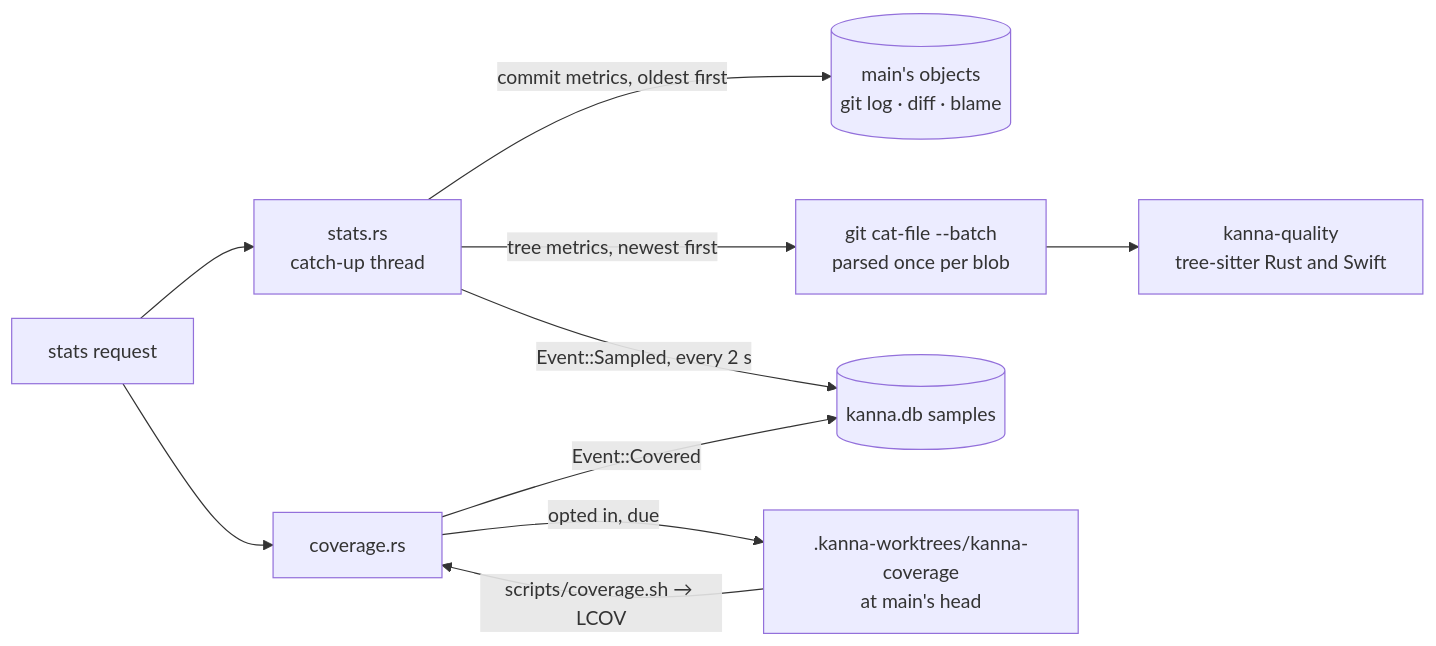
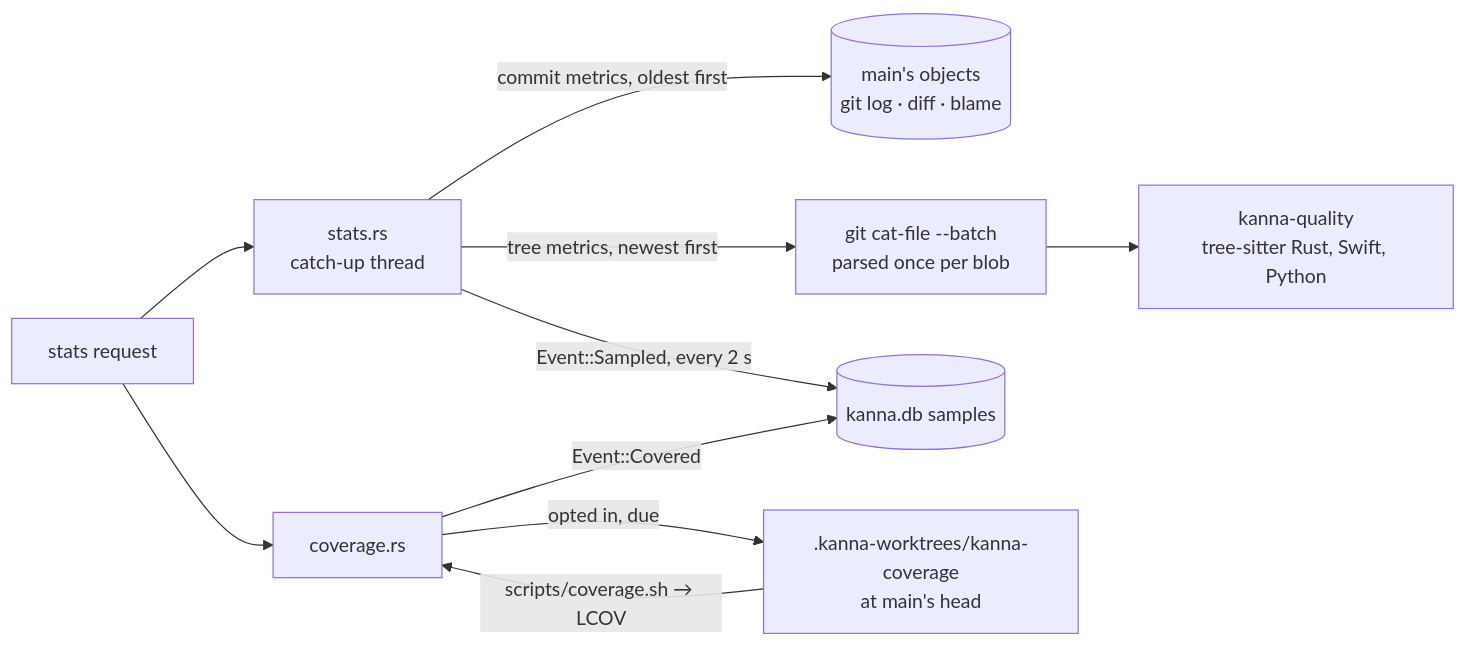
One commit to tampopogk/kanna changed the diagram in docs/specs/code-quality-metrics.md. Above: the diagram before and after it, drawn with Mermaid. The commit also changed other lines of this file and 21 other files, not shown here.

````diff
--- a/docs/specs/code-quality-metrics.md
+++ b/docs/specs/code-quality-metrics.md
@@ -61,12 +107,12 @@
 ```mermaid
 flowchart LR
     R["stats request"] --> S["stats.rs<br/>catch-up thread"]
     S -->|"commit metrics, oldest first"| G[("main's objects<br/>git log · diff · blame")]
     S -->|"tree metrics, newest first"| B["git cat-file --batch<br/>parsed once per blob"]
-    B --> Q["kanna-quality<br/>tree-sitter Rust and Swift"]
+    B --> Q["kanna-quality<br/>tree-sitter Rust, Swift, Python"]
     S -->|"Event::Sampled, every 2 s"| DB[("kanna.db samples")]
     R --> C["coverage.rs"]
     C -->|"opted in, due"| W[".kanna-worktrees/kanna-coverage<br/>at main's head"]
     W -->|"scripts/coverage.sh → LCOV"| C
     C -->|"Event::Covered"| DB
 ```
````
